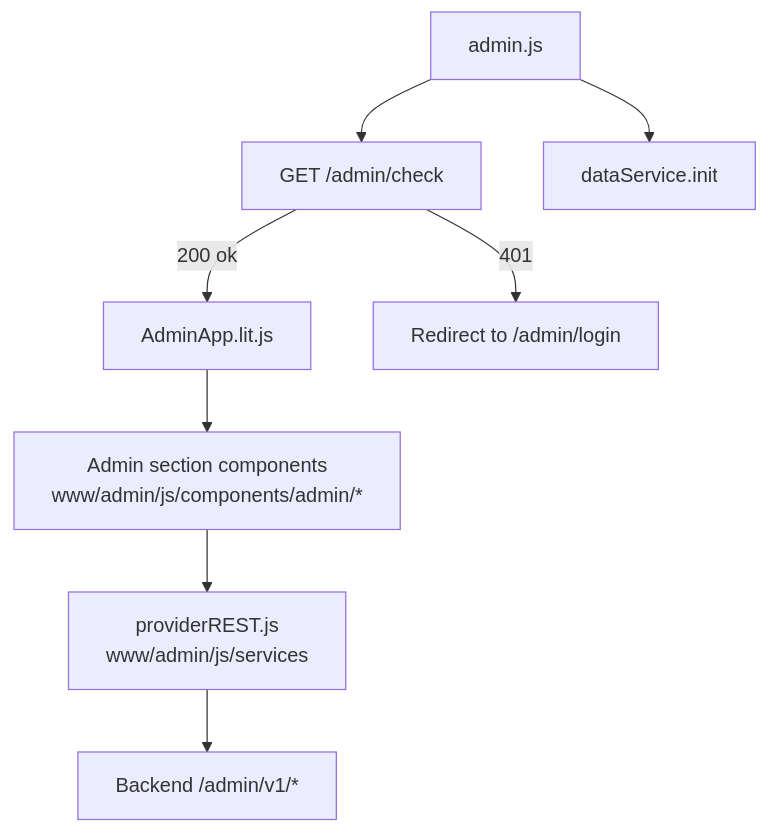
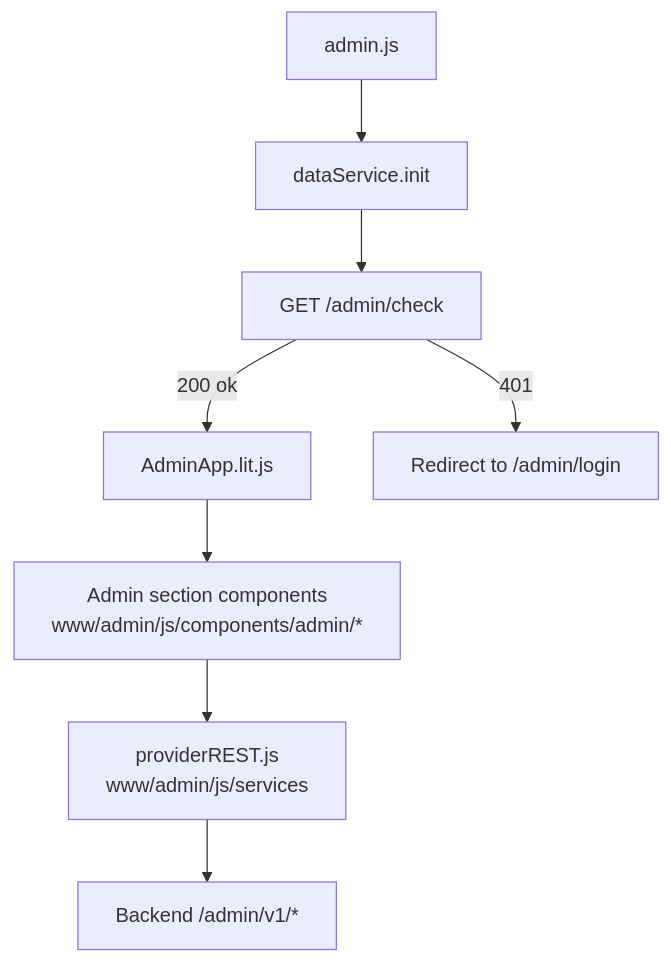
The fourth of 4 diagrams in docs/ARCHITECTURE.md (kpoppel/PlannerTool), drawn with Mermaid before and after one commit. The commit also changed other lines of this file, not shown here.

Commit message:
Updated architecture

````diff
--- a/docs/ARCHITECTURE.md
+++ b/docs/ARCHITECTURE.md
@@ -234,10 +262,10 @@
 ```mermaid
 flowchart TD
-    AdminBoot[admin.js] --> Check[GET /admin/check]
+    AdminBoot[admin.js] --> SharedData[dataService.init]
+    SharedData --> Check[GET /admin/check]
     Check -->|200 ok| AdminShell[AdminApp.lit.js]
     Check -->|401| LoginRedirect[Redirect to /admin/login]
     AdminShell --> Sections[Admin section components\nwww/admin/js/components/admin/*]
-    AdminBoot --> SharedData[dataService.init]
     Sections --> AdminREST[providerREST.js\nwww/admin/js/services]
     AdminREST --> API[Backend /admin/v1/*]
 ```
````
